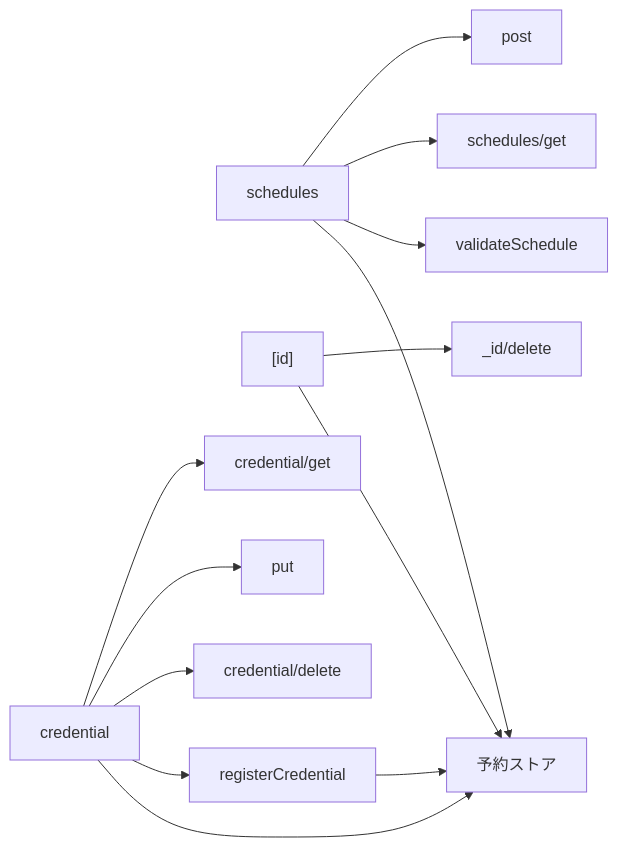
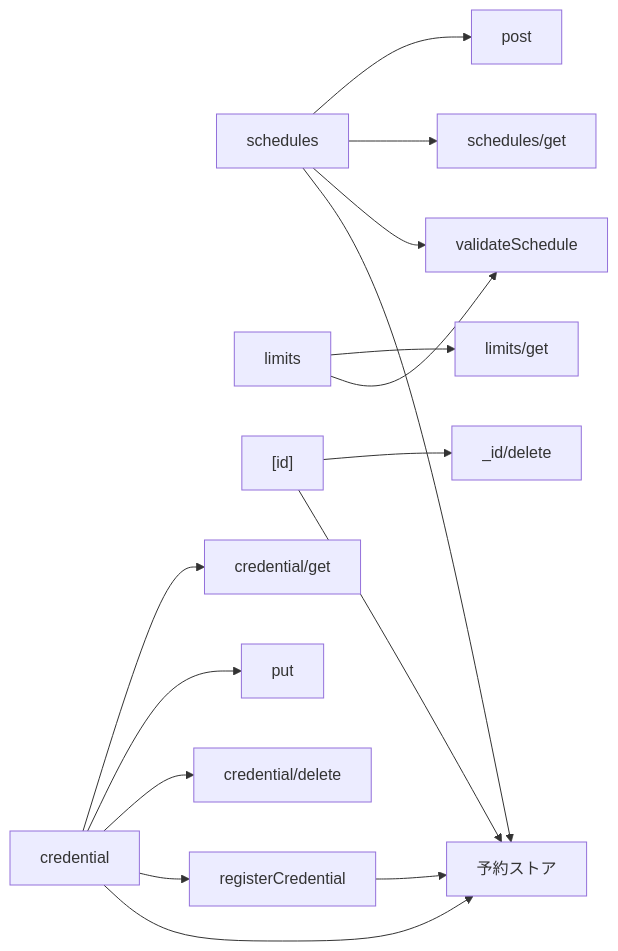
Before and after one commit to nekono-dev/skyshare: the first of 2 diagrams in specs/schedule-api/design.md, drawn with Mermaid. The commit also changed other lines of this file and 5 other files, not shown here.

````diff
--- a/specs/schedule-api/design.md
+++ b/specs/schedule-api/design.md
@@ -23,15 +25,17 @@
 ```mermaid
 flowchart LR
   schedules --> post
   schedules --> schedulesGet["schedules/get"]
   schedules --> validateSchedule
   schedules --> ext_store["予約ストア"]
+  limits --> limitsGet["limits/get"]
+  limits --> validateSchedule
   id["[id]"] --> idDelete["_id/delete"]
   id --> ext_store
   credential --> credentialGet["credential/get"]
   credential --> put
   credential --> credentialDelete["credential/delete"]
   credential --> registerCredential
   credential --> ext_store
   registerCredential --> ext_store
 ```
````
